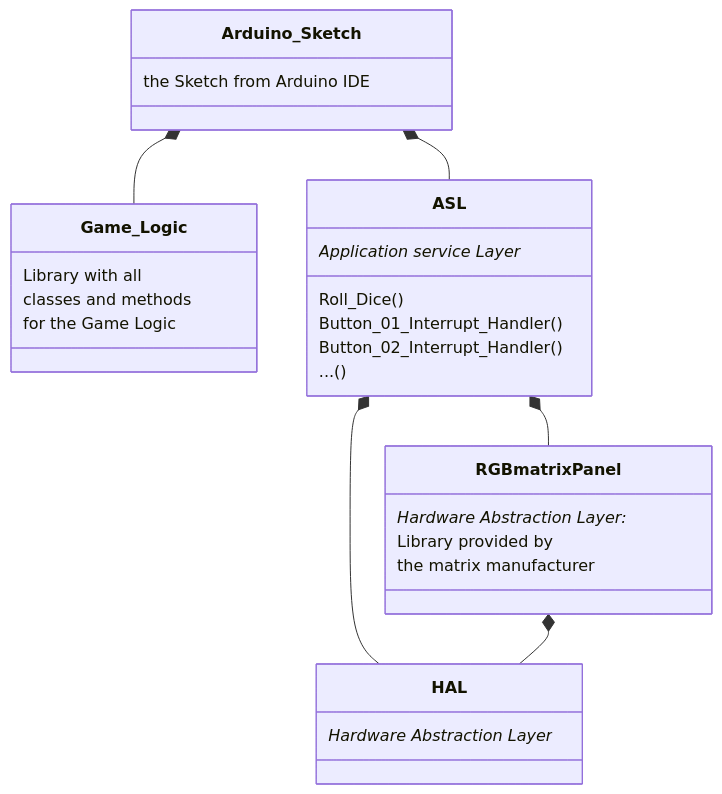
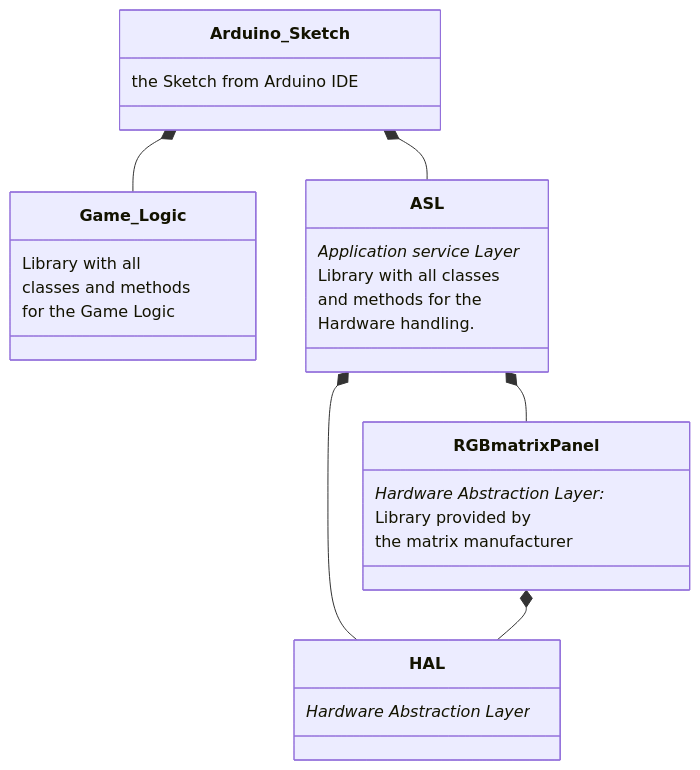
One commit to lukas1-12/Arduino_DHBW_Spiel changed the first of 4 diagrams in Design_Description/Software_Architecture/DOC_DED_SOA_Software_Architecture.md. Above: the diagram before and after it, drawn with Mermaid. The commit also changed other lines of this file, not shown here.

````diff
--- a/Design_Description/Software_Architecture/DOC_DED_SOA_Software_Architecture.md
+++ b/Design_Description/Software_Architecture/DOC_DED_SOA_Software_Architecture.md
@@ -3,31 +3,30 @@
 ```mermaid
     classDiagram
     class Arduino_Sketch {
         the Sketch from Arduino IDE
     }
     Arduino_Sketch *--  Game_Logic
     class Game_Logic{
         Library with all 
         classes and methods 
         for the Game Logic
     }
     ASL *-- RGBmatrixPanel
     class RGBmatrixPanel{
         Hardware Abstraction Layer:*
         Library provided by 
         the matrix manufacturer
     }
     class ASL{
         Application service Layer*
-        Roll_Dice()
-        Button_01_Interrupt_Handler()
-        Button_02_Interrupt_Handler()
-        ...()
+        Library with all classes
+        and methods for the 
+        Hardware handling.
     }
     Arduino_Sketch *-- ASL
     ASL *-- HAL
     RGBmatrixPanel *-- HAL
     class HAL{
         Hardware Abstraction Layer*
     }
 ```
````
